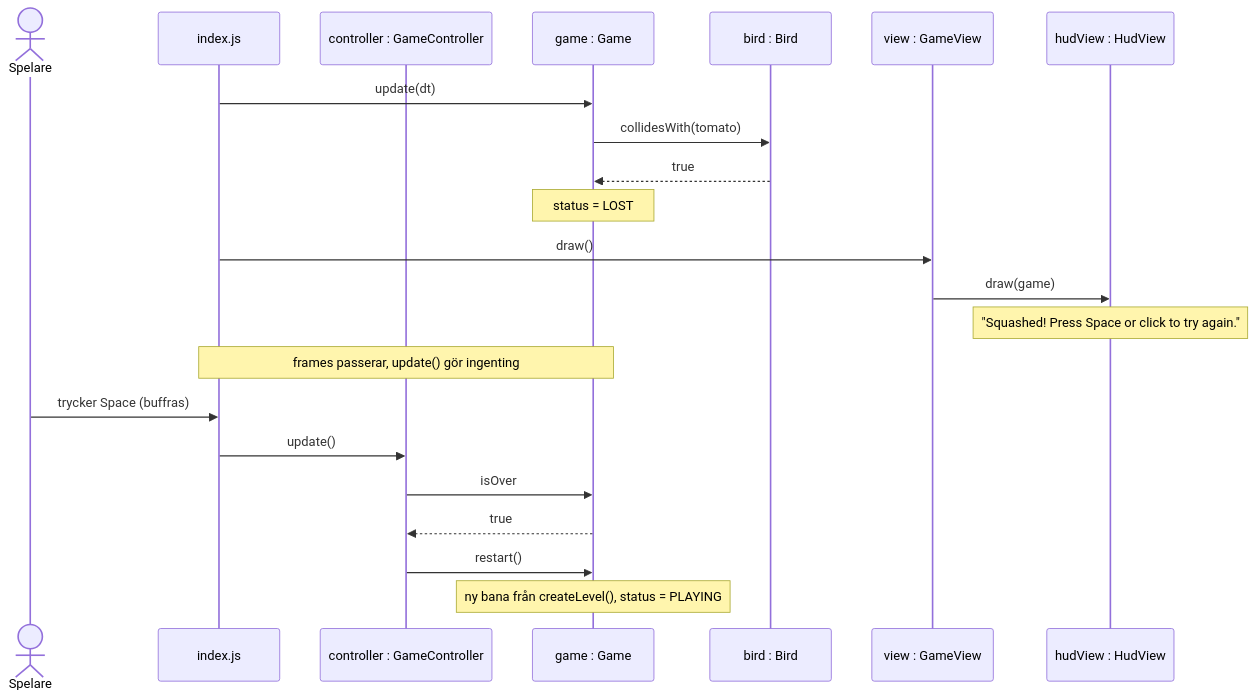
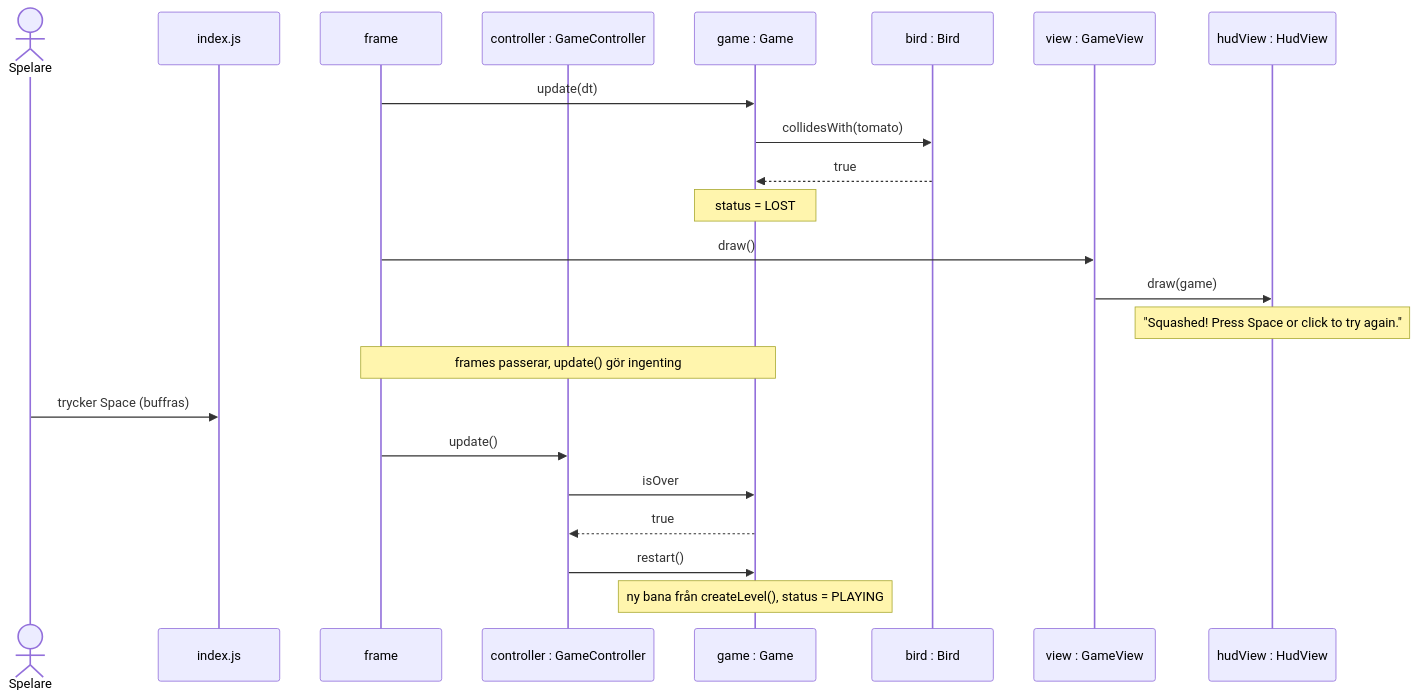
The ninth of 9 diagrams in MVC_DESIGN.md (1dv610/ripe-tomato), drawn with Mermaid before and after one commit. The commit also changed other lines of this file and 1 other file, not shown here.

````diff
--- a/MVC_DESIGN.md
+++ b/MVC_DESIGN.md
@@ -864,28 +883,29 @@
 ```mermaid
 sequenceDiagram
     actor A as Spelare
     participant S as index.js
+    participant F as frame
     participant C as controller : GameController
     participant G as game : Game
     participant B as bird : Bird
     participant V as view : GameView
     participant H as hudView : HudView
 
-    S->>G: update(dt)
+    F->>G: update(dt)
     G->>B: collidesWith(tomato)
     B-->>G: true
     Note over G: status = LOST
 
-    S->>V: draw()
+    F->>V: draw()
     V->>H: draw(game)
     Note over H: "Squashed! Press Space or click to try again."
 
-    Note over S,G: frames passerar, update() gör ingenting
+    Note over F,G: frames passerar, update() gör ingenting
     A->>S: trycker Space (buffras)
 
-    S->>C: update()
+    F->>C: update()
     C->>G: isOver
     G-->>C: true
     C->>G: restart()
     Note over G: ny bana från createLevel(), status = PLAYING
 ```
````
